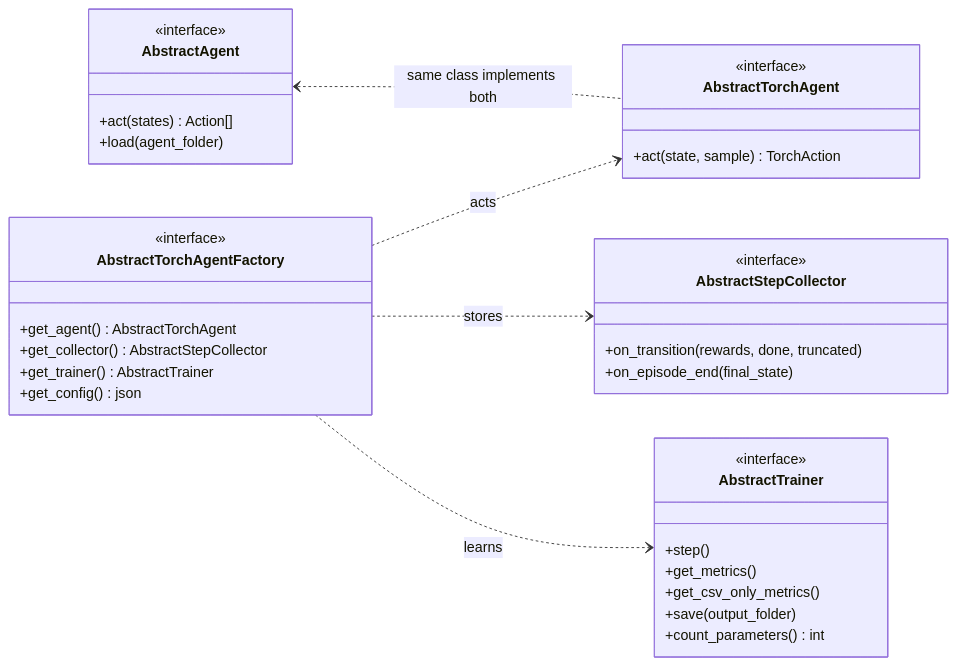
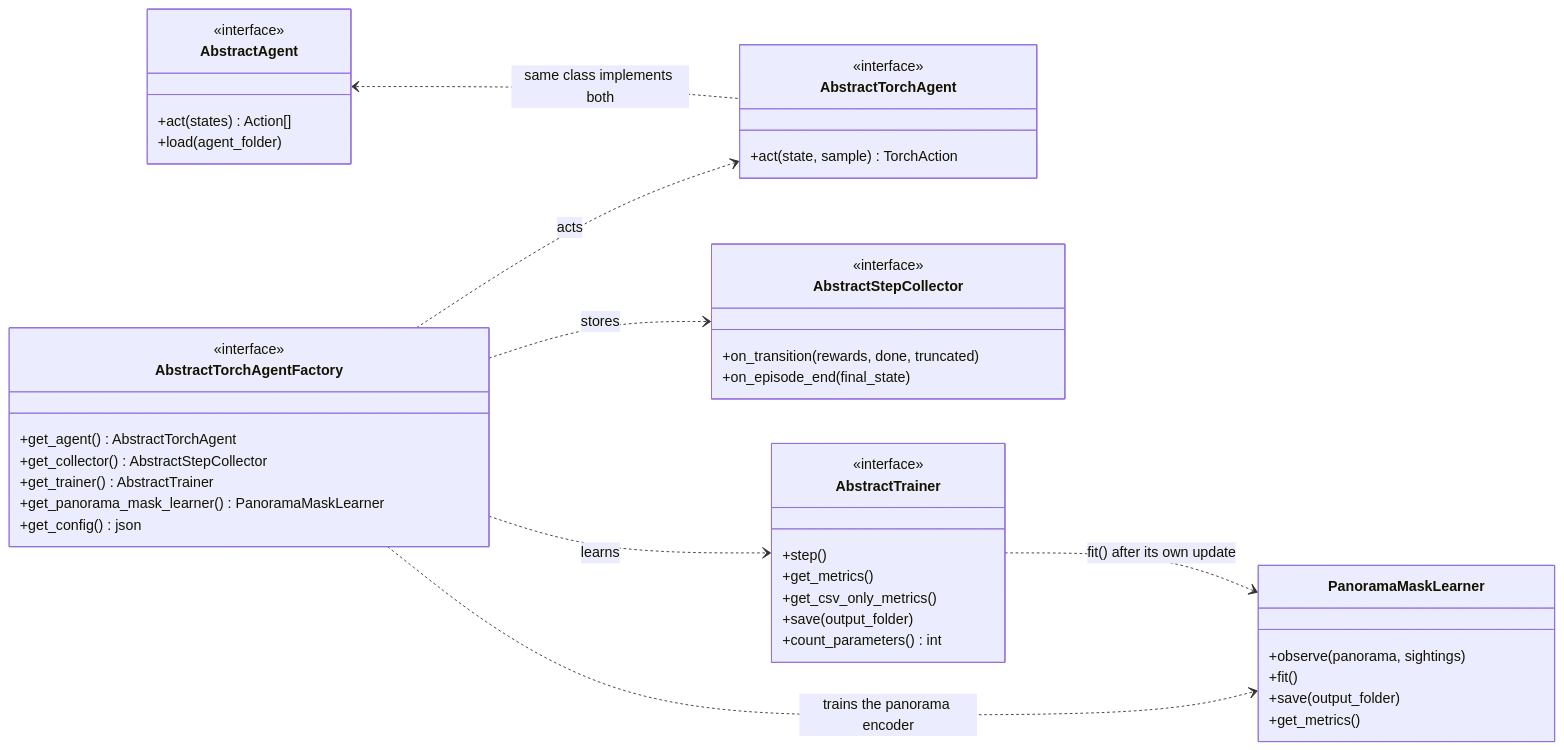
Before and after one commit to Ipsedo/ArenAI: the ninth of 10 diagrams in docs/ARCHITECTURE.md, drawn with Mermaid. The commit also changed other lines of this file and 62 other files, not shown here.

Commit message:
feat(agent): train a shared panorama encoder by an enemy-visibility mask

````diff
--- a/docs/ARCHITECTURE.md
+++ b/docs/ARCHITECTURE.md
@@ -618,39 +618,48 @@
 ```mermaid
 classDiagram
     direction LR
 
     class AbstractTorchAgentFactory {
         <<interface>>
         +get_agent() AbstractTorchAgent
         +get_collector() AbstractStepCollector
         +get_trainer() AbstractTrainer
+        +get_panorama_mask_learner() PanoramaMaskLearner
         +get_config() json
+    }
+    class PanoramaMaskLearner {
+        +observe(panorama, sightings)
+        +fit()
+        +save(output_folder)
+        +get_metrics()
     }
     class AbstractTorchAgent {
         <<interface>>
         +act(state, sample) TorchAction
     }
     class AbstractStepCollector {
         <<interface>>
         +on_transition(rewards, done, truncated)
         +on_episode_end(final_state)
     }
     class AbstractTrainer {
         <<interface>>
         +step()
         +get_metrics()
         +get_csv_only_metrics()
         +save(output_folder)
         +count_parameters() int
     }
     class AbstractAgent {
         <<interface>>
         +act(states) Action[]
         +load(agent_folder)
     }
 
     AbstractTorchAgentFactory ..> AbstractTorchAgent : acts
     AbstractTorchAgentFactory ..> AbstractStepCollector : stores
     AbstractTorchAgentFactory ..> AbstractTrainer : learns
+    AbstractTorchAgentFactory ..> PanoramaMaskLearner : trains the panorama encoder
+    AbstractTrainer ..> PanoramaMaskLearner : fit() after its own update
     AbstractAgent <.. AbstractTorchAgent : same class implements both
 ```
````
